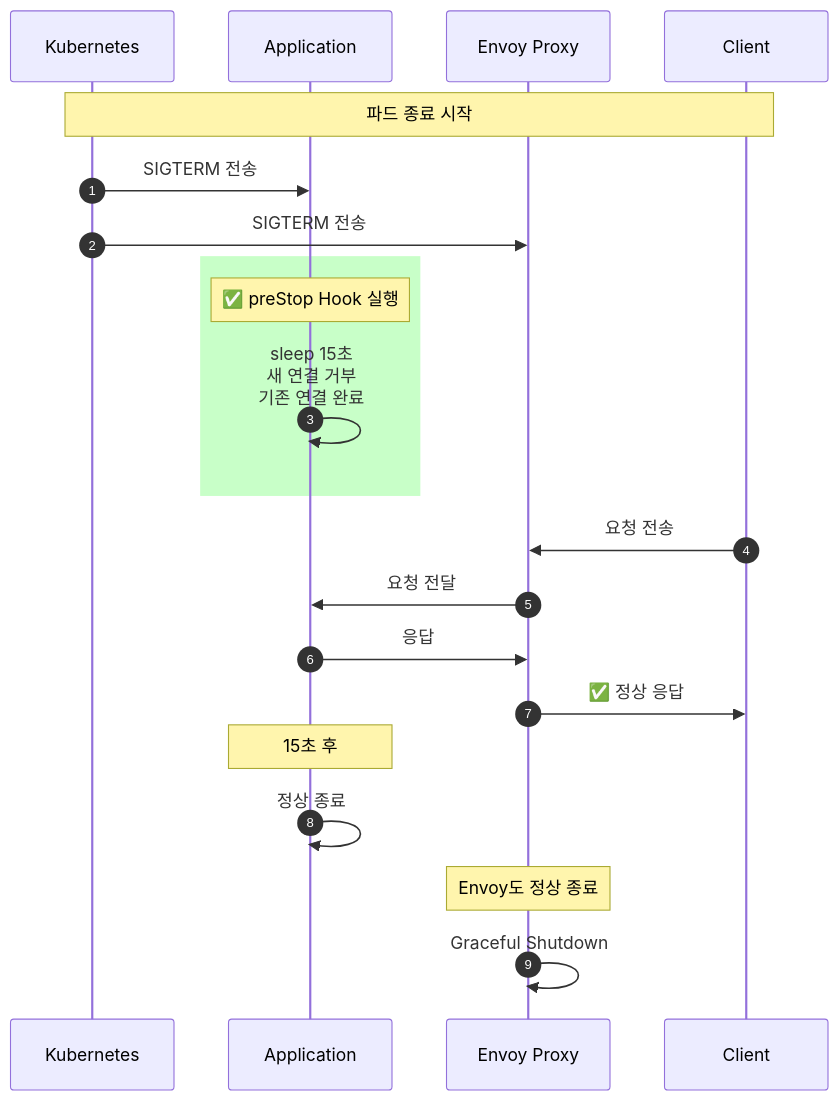
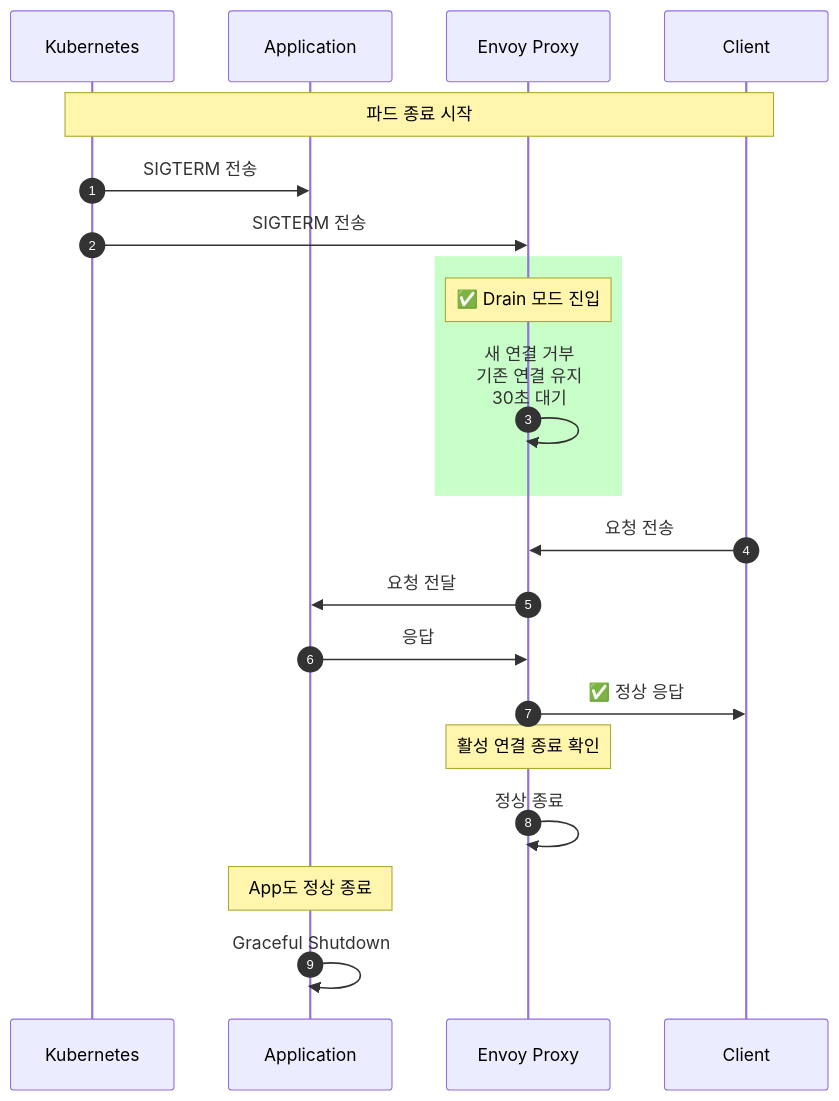
The second of 3 diagrams in tools/istio/troubleshooting/common-errors.md (Atom-oh/kubernetes-docs), drawn with Mermaid before and after one commit. The commit also changed other lines of this file and 2 other files, not shown here.

````diff
--- a/tools/istio/troubleshooting/common-errors.md
+++ b/tools/istio/troubleshooting/common-errors.md
@@ -100,29 +101,29 @@
 ```mermaid
 sequenceDiagram
     autonumber
     participant K8s as Kubernetes
     participant App as Application
     participant Envoy as Envoy Proxy
     participant Client as Client
 
     Note over K8s,Client: 파드 종료 시작
 
     K8s->>App: SIGTERM 전송
     K8s->>Envoy: SIGTERM 전송
 
     rect rgb(200, 255, 200)
-        Note over App: ✅ preStop Hook 실행
-        App->>App: sleep 15초<br/>새 연결 거부<br/>기존 연결 완료
+        Note over Envoy: ✅ Drain 모드 진입
+        Envoy->>Envoy: 새 연결 거부<br/>기존 연결 유지<br/>30초 대기
     end
 
     Client->>Envoy: 요청 전송
     Envoy->>App: 요청 전달
     App->>Envoy: 응답
     Envoy->>Client: ✅ 정상 응답
 
-    Note over App: 15초 후
-    App->>App: 정상 종료
+    Note over Envoy: 활성 연결 종료 확인
+    Envoy->>Envoy: 정상 종료
 
-    Note over Envoy: Envoy도 정상 종료
-    Envoy->>Envoy: Graceful Shutdown
+    Note over App: App도 정상 종료
+    App->>App: Graceful Shutdown
 ```
````
